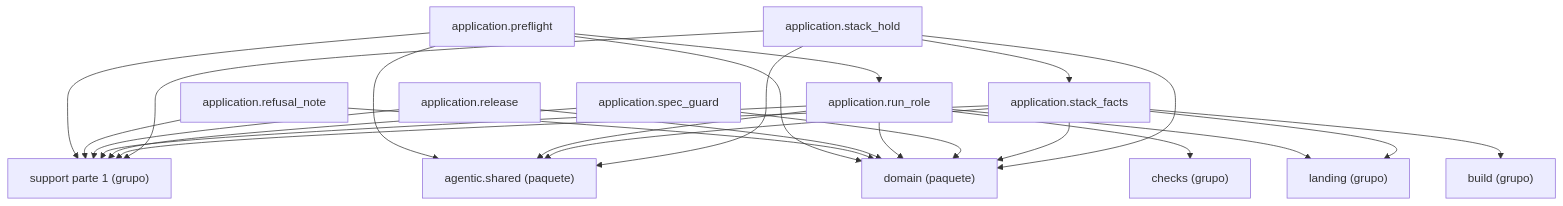
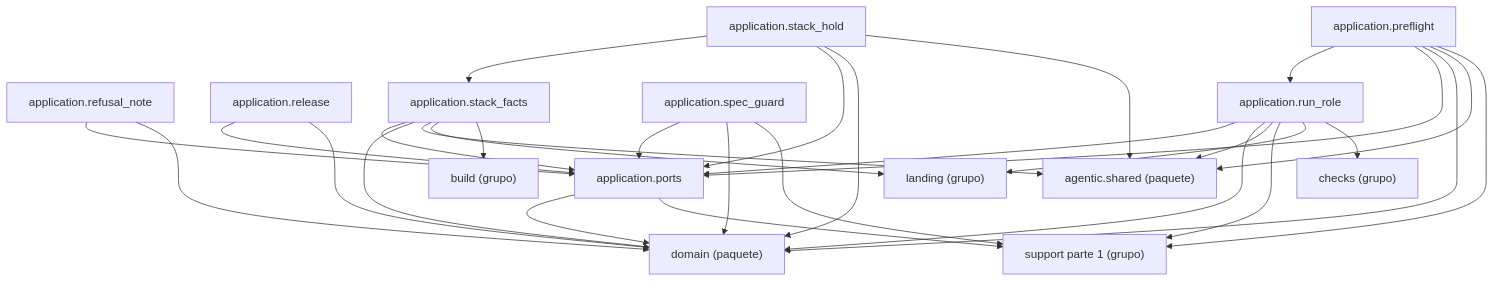
The diagram in docs/architecture/generated/packages-process-application-support-2.md (GonzaloZevallos/agentic-system), drawn with Mermaid before and after one commit. The commit also changed 12 other files, not shown here.

Commit message:
Place the format_issue module in the support cluster and regenerate the class diagrams

````diff
--- a/docs/architecture/generated/packages-process-application-support-2.md
+++ b/docs/architecture/generated/packages-process-application-support-2.md
@@ -17,40 +17,46 @@
 ```mermaid
 graph TD
     g_application__build["build (grupo)"]
     g_application__checks["checks (grupo)"]
     g_application__landing["landing (grupo)"]
     g_application__support__1["support parte 1 (grupo)"]
     g_pkg__agentic__shared["agentic.shared (paquete)"]
     g_pkg__domain["domain (paquete)"]
+    m_application__ports["application.ports"]
     m_application__preflight["application.preflight"]
     m_application__refusal_note["application.refusal_note"]
     m_application__release["application.release"]
     m_application__run_role["application.run_role"]
     m_application__spec_guard["application.spec_guard"]
     m_application__stack_facts["application.stack_facts"]
     m_application__stack_hold["application.stack_hold"]
+    m_application__ports --> g_application__support__1
+    m_application__ports --> g_pkg__domain
     m_application__preflight --> g_application__support__1
     m_application__preflight --> g_pkg__agentic__shared
     m_application__preflight --> g_pkg__domain
+    m_application__preflight --> m_application__ports
     m_application__preflight --> m_application__run_role
-    m_application__refusal_note --> g_application__support__1
     m_application__refusal_note --> g_pkg__domain
-    m_application__release --> g_application__support__1
+    m_application__refusal_note --> m_application__ports
     m_application__release --> g_pkg__domain
+    m_application__release --> m_application__ports
     m_application__run_role --> g_application__checks
     m_application__run_role --> g_application__landing
     m_application__run_role --> g_application__support__1
     m_application__run_role --> g_pkg__agentic__shared
     m_application__run_role --> g_pkg__domain
+    m_application__run_role --> m_application__ports
     m_application__spec_guard --> g_application__support__1
     m_application__spec_guard --> g_pkg__domain
+    m_application__spec_guard --> m_application__ports
     m_application__stack_facts --> g_application__build
     m_application__stack_facts --> g_application__landing
-    m_application__stack_facts --> g_application__support__1
     m_application__stack_facts --> g_pkg__agentic__shared
     m_application__stack_facts --> g_pkg__domain
-    m_application__stack_hold --> g_application__support__1
+    m_application__stack_facts --> m_application__ports
     m_application__stack_hold --> g_pkg__agentic__shared
     m_application__stack_hold --> g_pkg__domain
+    m_application__stack_hold --> m_application__ports
     m_application__stack_hold --> m_application__stack_facts
 ```
````
